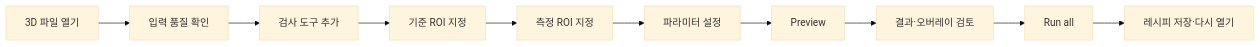
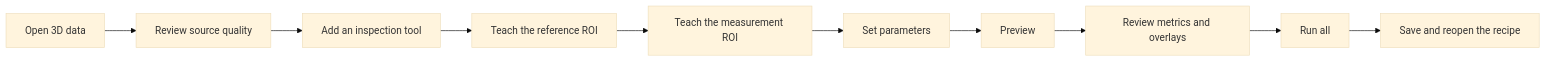
The diagram in README.md (Noah8218/OpenVisionLab-3D-Studio), drawn with Mermaid (base theme) before and after one commit. The commit also changed other lines of this file and 70 other files, not shown here.

````diff
--- a/README.md
+++ b/README.md
@@ -23,12 +20,12 @@
 ```mermaid
 flowchart LR
-    Source["3D 파일 열기"] --> Quality["입력 품질 확인"]
-    Quality --> Tool["검사 도구 추가"]
-    Tool --> Reference["기준 ROI 지정"]
-    Reference --> Measurement["측정 ROI 지정"]
-    Measurement --> Parameter["파라미터 설정"]
+    Source["Open 3D data"] --> Quality["Review source quality"]
+    Quality --> Tool["Add an inspection tool"]
+    Tool --> Reference["Teach the reference ROI"]
+    Reference --> Measurement["Teach the measurement ROI"]
+    Measurement --> Parameter["Set parameters"]
     Parameter --> Preview["Preview"]
-    Preview --> Review["결과·오버레이 검토"]
+    Preview --> Review["Review metrics and overlays"]
     Review --> Run["Run all"]
-    Run --> Save["레시피 저장·다시 열기"]
+    Run --> Save["Save and reopen the recipe"]
 ```
````
